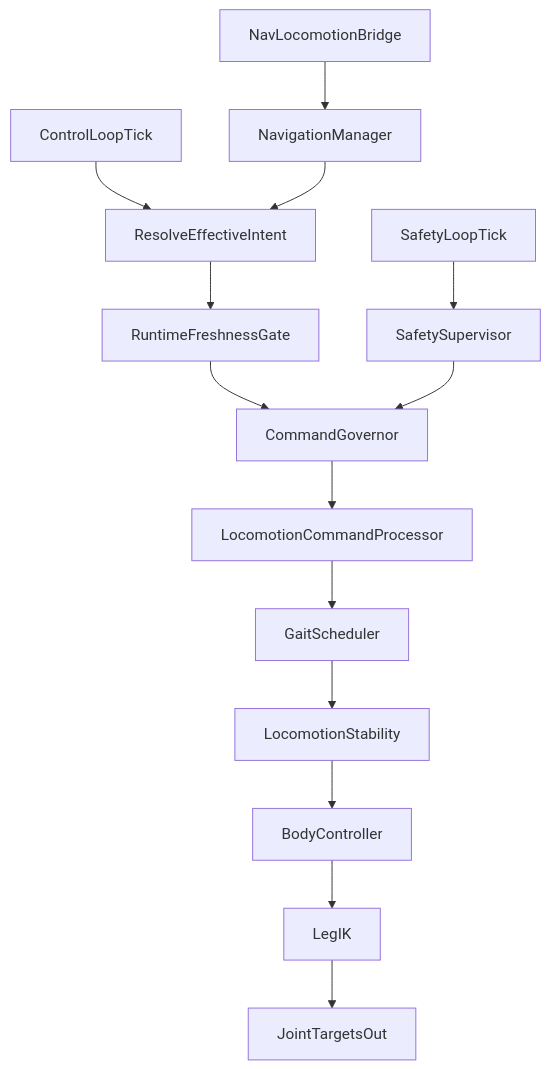
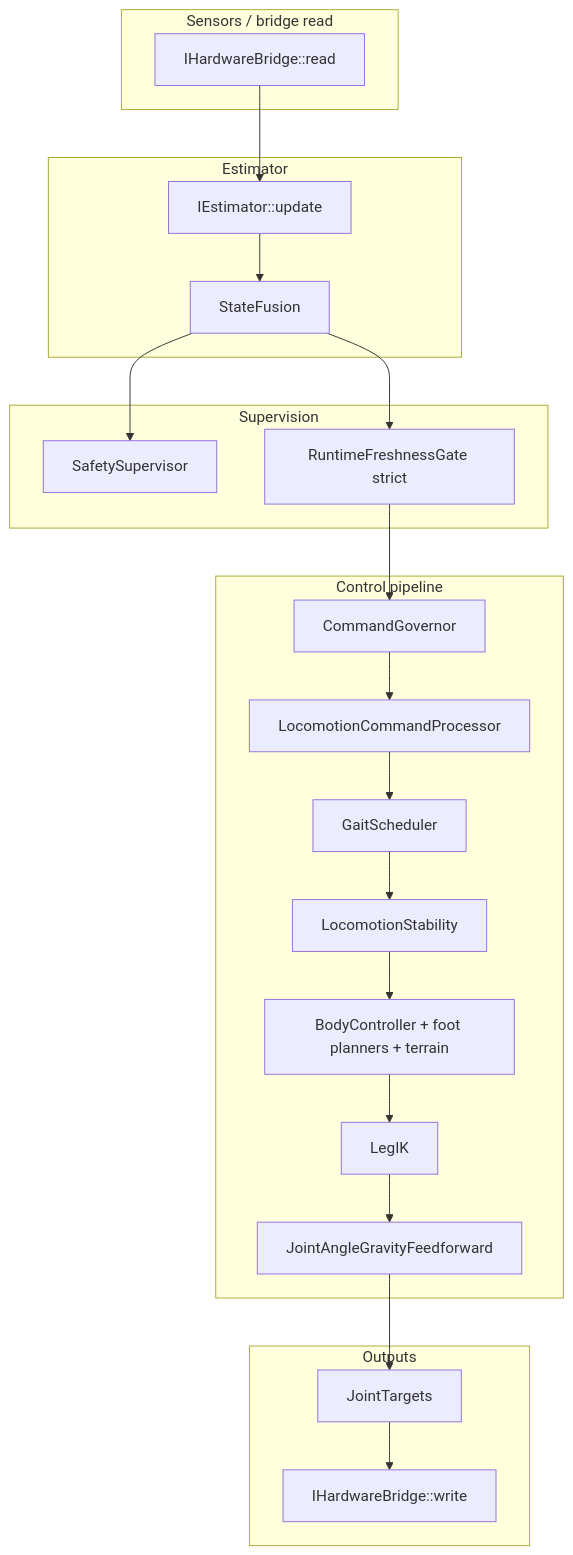
One commit to rpharmer/hexapod changed the diagram in docs/ALGORITHMS_SERVER_LOCOMOTION.md. Above: the diagram before and after it, drawn with Mermaid. The commit also changed other lines of this file and 67 other files, not shown here.

````diff
--- a/docs/ALGORITHMS_SERVER_LOCOMOTION.md
+++ b/docs/ALGORITHMS_SERVER_LOCOMOTION.md
@@ -117,16 +254,45 @@
 ```mermaid
 flowchart TD
-  controlLoop[ControlLoopTick] --> resolveIntent[ResolveEffectiveIntent]
-  resolveIntent --> freshnessGate[RuntimeFreshnessGate]
-  freshnessGate --> governor[CommandGovernor]
-  governor --> locomotionCmd[LocomotionCommandProcessor]
-  locomotionCmd --> gaitScheduler[GaitScheduler]
-  gaitScheduler --> stabilityModule[LocomotionStability]
-  stabilityModule --> bodyController[BodyController]
-  bodyController --> legIk[LegIK]
-  legIk --> jointTargets[JointTargetsOut]
-  safetyLoop[SafetyLoopTick] --> safetySupervisor[SafetySupervisor]
-  safetySupervisor --> governor
-  navigationManager[NavigationManager] --> resolveIntent
-  navBridge[NavLocomotionBridge] --> navigationManager
+  subgraph sensors [Sensors / bridge read]
+    HW[IHardwareBridge::read]
+  end
+
+  subgraph est [Estimator]
+    EST[IEstimator::update]
+    FUS[StateFusion]
+  end
+
+  subgraph sup [Supervision]
+    SAFE[SafetySupervisor]
+    FRESH[RuntimeFreshnessGate strict]
+  end
+
+  subgraph ctrl [Control pipeline]
+    GOV[CommandGovernor]
+    LOCO[LocomotionCommandProcessor]
+    GAIT[GaitScheduler]
+    STAB[LocomotionStability]
+    BODY[BodyController + foot planners + terrain]
+    IK[LegIK]
+    GFF[JointAngleGravityFeedforward]
+  end
+
+  subgraph out [Outputs]
+    JT[JointTargets]
+    BUSW[IHardwareBridge::write]
+  end
+
+  HW --> EST
+  EST --> FUS
+  FUS --> SAFE
+  FUS --> FRESH
+  FRESH --> GOV
+  GOV --> LOCO
+  LOCO --> GAIT
+  GAIT --> STAB
+  STAB --> BODY
+  BODY --> IK
+  IK --> GFF
+  GFF --> JT
+  JT --> BUSW
 ```
````
